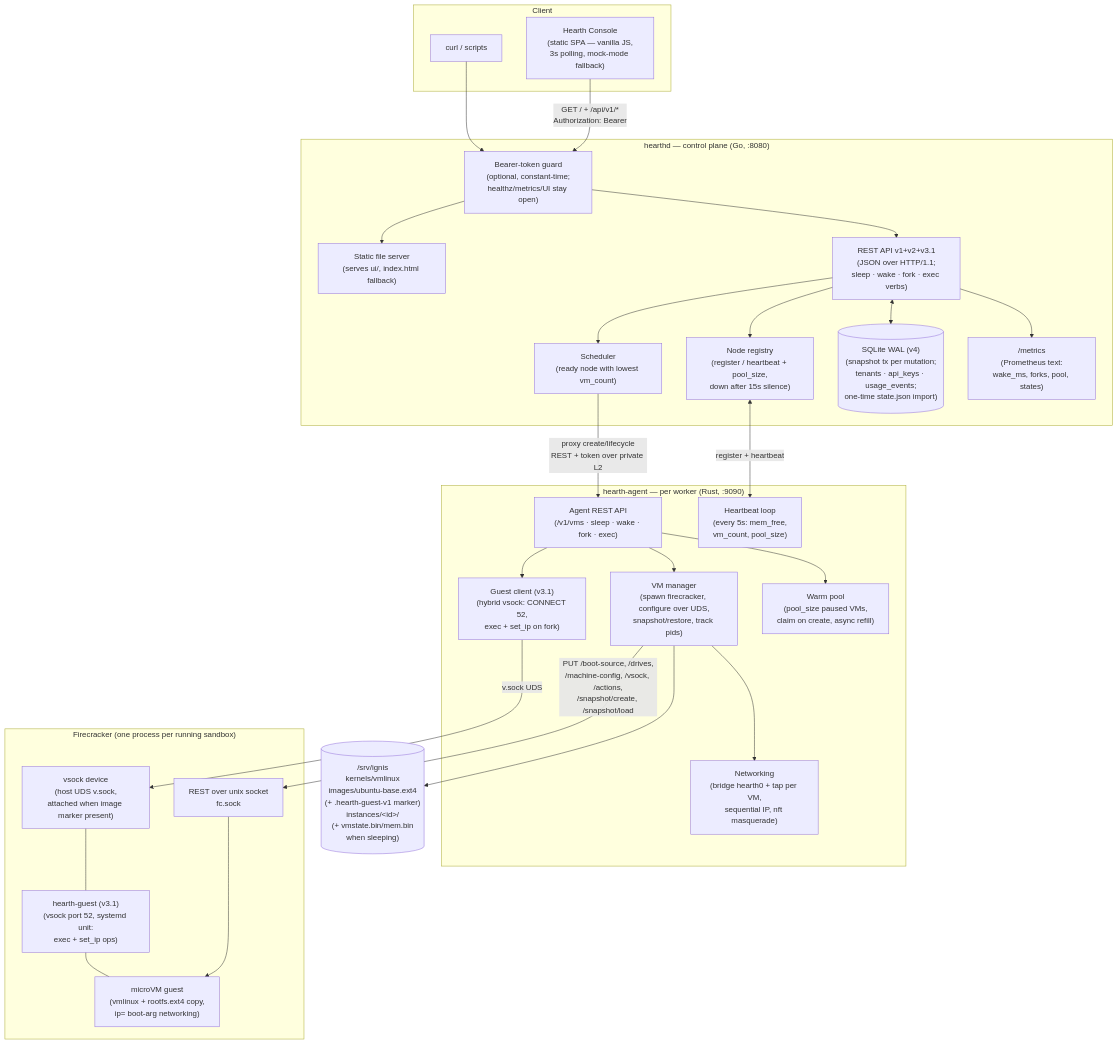
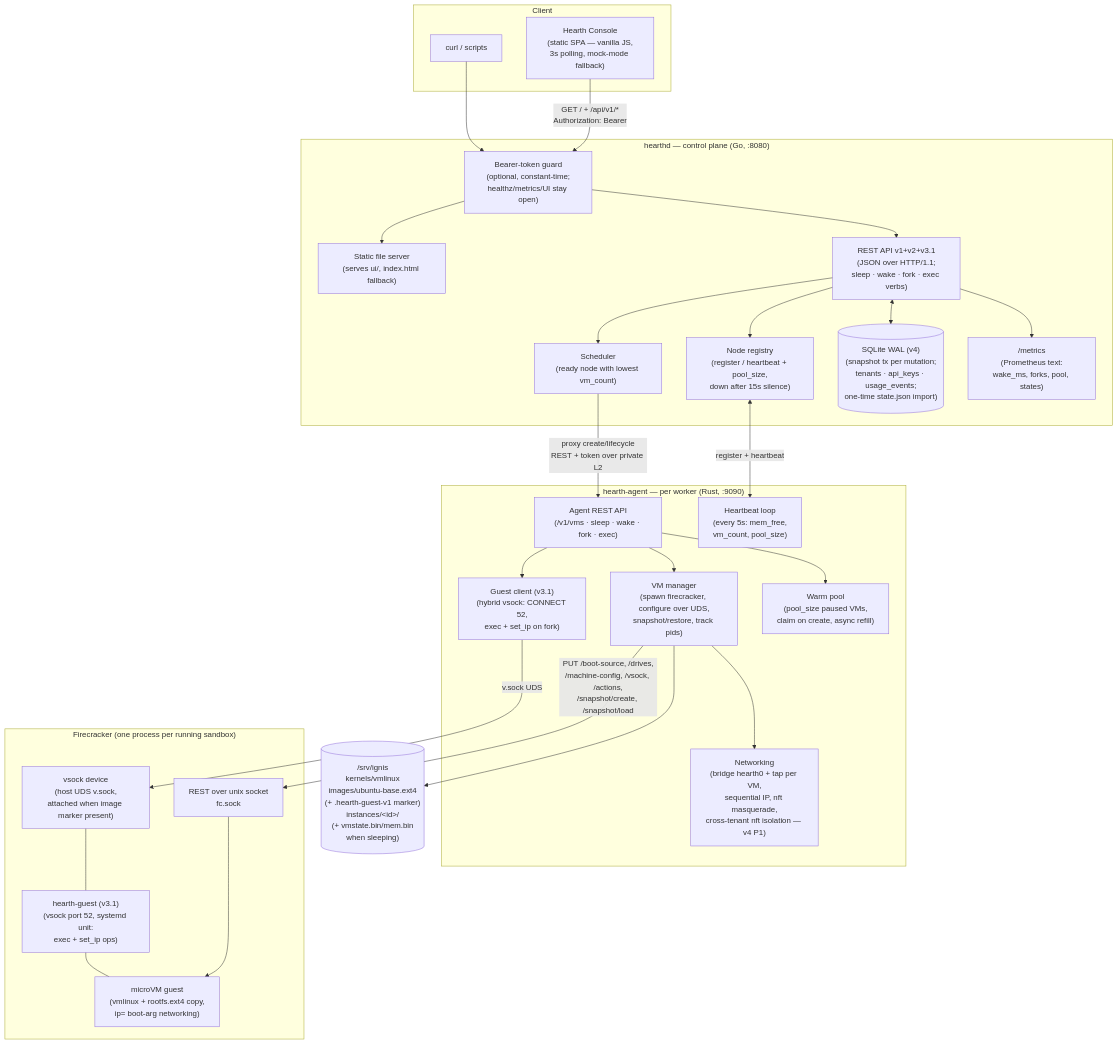
The first of 11 diagrams in docs/ARCHITECTURE.md (Sodoko-dev/felucca), drawn with Mermaid before and after one commit. The commit also changed other lines of this file and 8 other files, not shown here.

First line of the commit message:
v4 P1: cross-tenant network isolation

````diff
--- a/docs/ARCHITECTURE.md
+++ b/docs/ARCHITECTURE.md
@@ -27,56 +27,56 @@
 ```mermaid
 flowchart TB
     subgraph client["Client"]
         UI["Hearth Console<br/>(static SPA — vanilla JS,<br/>3s polling, mock-mode fallback)"]
         CLI["curl / scripts"]
     end
 
     subgraph hearthd["hearthd — control plane (Go, :8080)"]
         AUTH["Bearer-token guard<br/>(optional, constant-time;<br/>healthz/metrics/UI stay open)"]
         STATIC["Static file server<br/>(serves ui/, index.html fallback)"]
         API["REST API v1+v2+v3.1<br/>(JSON over HTTP/1.1;<br/>sleep · wake · fork · exec verbs)"]
         SCHED["Scheduler<br/>(ready node with lowest vm_count)"]
         REG["Node registry<br/>(register / heartbeat + pool_size,<br/>down after 15s silence)"]
         STATE[("SQLite WAL (v4)<br/>(snapshot tx per mutation;<br/>tenants · api_keys · usage_events;<br/>one-time state.json import)")]
         METRICS["/metrics<br/>(Prometheus text:<br/>wake_ms, forks, pool, states)"]
     end
 
     subgraph agent["hearth-agent — per worker (Rust, :9090)"]
         AAPI["Agent REST API<br/>(/v1/vms · sleep · wake · fork · exec)"]
         VMM["VM manager<br/>(spawn firecracker, configure over UDS,<br/>snapshot/restore, track pids)"]
         GC["Guest client (v3.1)<br/>(hybrid vsock: CONNECT 52,<br/>exec + set_ip on fork)"]
         POOL["Warm pool<br/>(pool_size paused VMs,<br/>claim on create, async refill)"]
-        NET["Networking<br/>(bridge hearth0 + tap per VM,<br/>sequential IP, nft masquerade)"]
+        NET["Networking<br/>(bridge hearth0 + tap per VM,<br/>sequential IP, nft masquerade,<br/>cross-tenant nft isolation — v4 P1)"]
         HB["Heartbeat loop<br/>(every 5s: mem_free,<br/>vm_count, pool_size)"]
     end
 
     subgraph fc["Firecracker (one process per running sandbox)"]
         FCAPI["REST over unix socket<br/>fc.sock"]
         VSOCK["vsock device<br/>(host UDS v.sock,<br/>attached when image marker present)"]
         UVM["microVM guest<br/>(vmlinux + rootfs.ext4 copy,<br/>ip= boot-arg networking)"]
         HG["hearth-guest (v3.1)<br/>(vsock port 52, systemd unit:<br/>exec + set_ip ops)"]
     end
 
     ASSETS[("/srv/ignis<br/>kernels/vmlinux<br/>images/ubuntu-base.ext4<br/>(+ .hearth-guest-v1 marker)<br/>instances/&lt;id&gt;/<br/>(+ vmstate.bin/mem.bin<br/>when sleeping)")]
 
     UI -->|"GET /  +  /api/v1/*<br/>Authorization: Bearer"| AUTH
     CLI --> AUTH
     AUTH --> STATIC
     AUTH --> API
     API --> SCHED
     API --> REG
     API --> METRICS
     SCHED -->|"proxy create/lifecycle<br/>REST + token over private L2"| AAPI
     REG <--> |"register + heartbeat"| HB
     API <--> STATE
     AAPI --> VMM
     AAPI --> POOL
     AAPI --> GC
     VMM --> NET
     VMM -->|"PUT /boot-source, /drives,<br/>/machine-config, /vsock, /actions,<br/>/snapshot/create, /snapshot/load"| FCAPI
     FCAPI --> UVM
     GC -->|"v.sock UDS"| VSOCK
     VSOCK --- HG
     HG --- UVM
     VMM --> ASSETS
 ```
````
